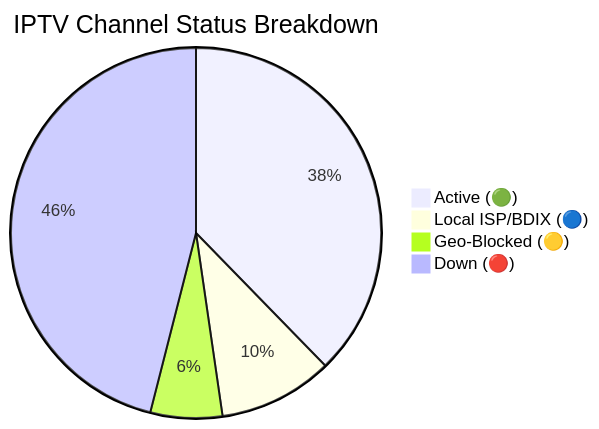
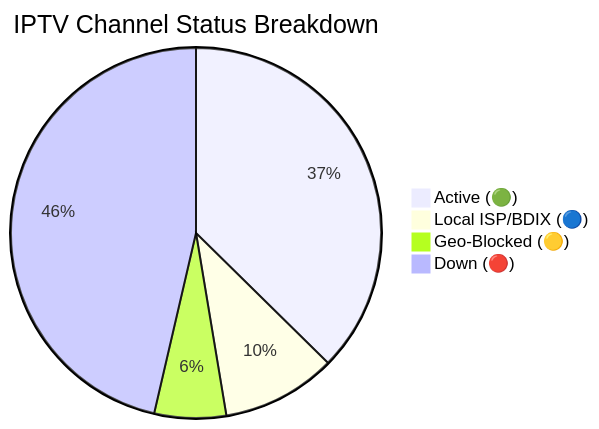
The diagram in README.md (andreataylord/Ip-tv-Collection), drawn with Mermaid before and after one commit. The commit also changed other lines of this file and 1 other file, not shown here.

Commit message:
docs(readme): auto-update daily channel status chart

````diff
--- a/README.md
+++ b/README.md
@@ -59,7 +59,7 @@
 ```mermaid
 pie title IPTV Channel Status Breakdown
-    "Active (🟢)" : 2964
+    "Active (🟢)" : 2938
     "Local ISP/BDIX (🔵)" : 786
-    "Geo-Blocked (🟡)" : 493
-    "Down (🔴)" : 3618
+    "Geo-Blocked (🟡)" : 492
+    "Down (🔴)" : 3645
 ```
````
